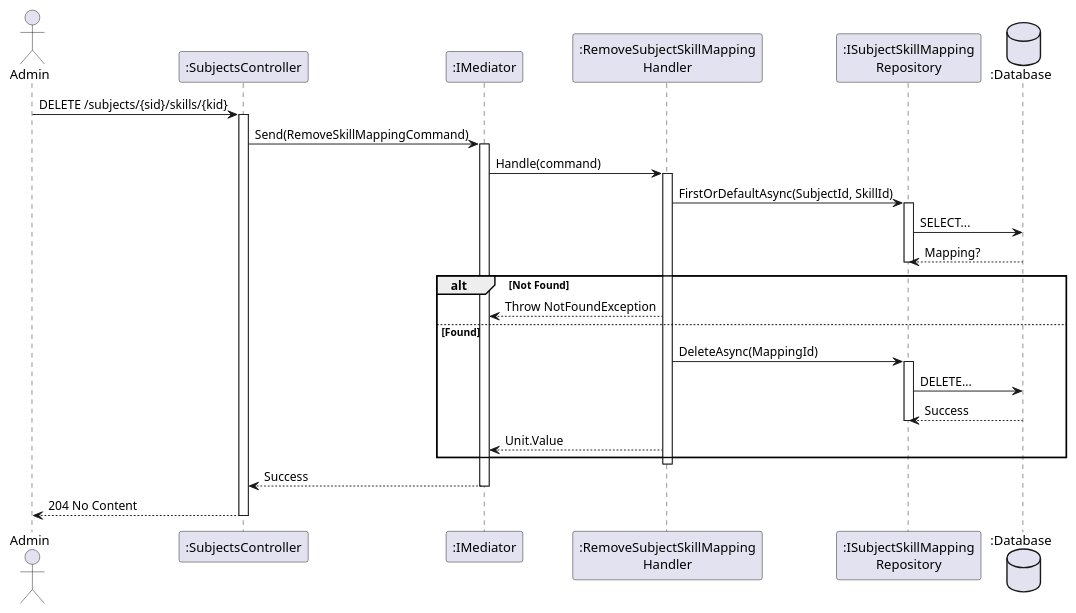
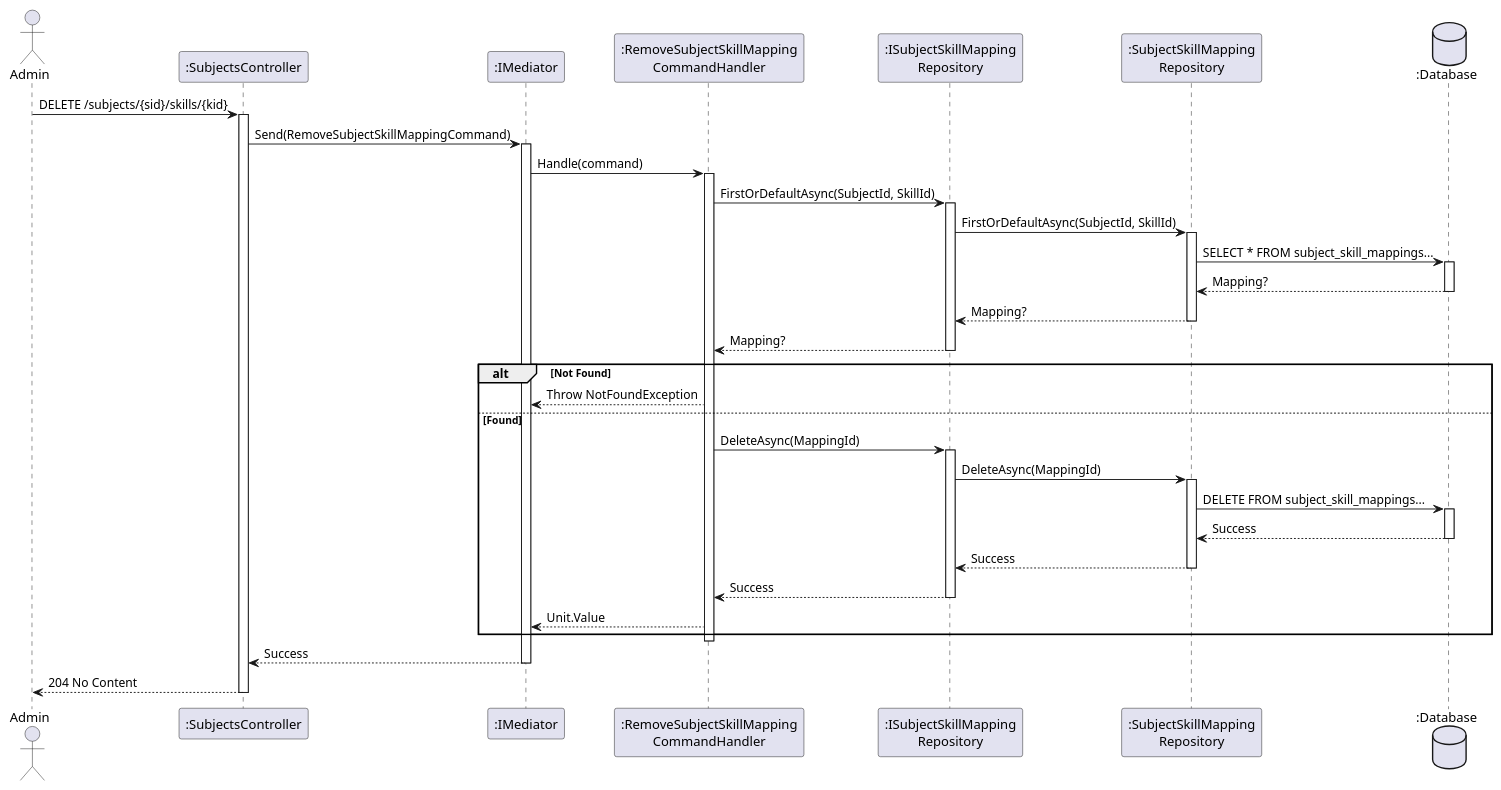
One commit to FA25SE050-RogueLearn/RogueLearn.BMAD.Documentation changed the diagram in docs/srs/diagrams/sequence-diagram/admin-skills/remove-skill-mappings.puml. Above: the diagram before and after it, drawn with PlantUML. The commit also changed 28 other files, not shown here.

Commit message:
feat: add and refix some diagrams to add implementations objects

```diff
--- a/docs/srs/diagrams/sequence-diagram/admin-skills/remove-skill-mappings.puml
+++ b/docs/srs/diagrams/sequence-diagram/admin-skills/remove-skill-mappings.puml
@@ -1,44 +1,59 @@
 @startuml
 actor Admin
 participant ":SubjectsController" as Controller
 participant ":IMediator" as Med
-participant ":RemoveSubjectSkillMapping\nHandler" as Handler
-participant ":ISubjectSkillMapping\nRepository" as MapDB
+participant ":RemoveSubjectSkillMapping\nCommandHandler" as Handler
+participant ":ISubjectSkillMapping\nRepository" as IMapRepo
+participant ":SubjectSkillMapping\nRepository" as MapRepo
 database ":Database" as DB
 
 Admin -> Controller : DELETE /subjects/{sid}/skills/{kid}
 activate Controller
 
-Controller -> Med : Send(RemoveSkillMappingCommand)
+Controller -> Med : Send(RemoveSubjectSkillMappingCommand)
 activate Med
 
 Med -> Handler : Handle(command)
 activate Handler
 
 ' 1. Find Mapping
-Handler -> MapDB : FirstOrDefaultAsync(SubjectId, SkillId)
-activate MapDB
-MapDB -> DB : SELECT...
-DB --> MapDB : Mapping?
-deactivate MapDB
+Handler -> IMapRepo : FirstOrDefaultAsync(SubjectId, SkillId)
+activate IMapRepo
+IMapRepo -> MapRepo : FirstOrDefaultAsync(SubjectId, SkillId)
+activate MapRepo
+MapRepo -> DB : SELECT * FROM subject_skill_mappings...
+activate DB
+DB --> MapRepo : Mapping?
+deactivate DB
+MapRepo --> IMapRepo : Mapping?
+deactivate MapRepo
+IMapRepo --> Handler : Mapping?
+deactivate IMapRepo
 
 alt Not Found
     Handler --> Med : Throw NotFoundException
 else Found
     ' 2. Delete
-    Handler -> MapDB : DeleteAsync(MappingId)
-    activate MapDB
-    MapDB -> DB : DELETE...
-    DB --> MapDB : Success
-    deactivate MapDB
+    Handler -> IMapRepo : DeleteAsync(MappingId)
+    activate IMapRepo
+    IMapRepo -> MapRepo : DeleteAsync(MappingId)
+    activate MapRepo
+    MapRepo -> DB : DELETE FROM subject_skill_mappings...
+    activate DB
+    DB --> MapRepo : Success
+    deactivate DB
+    MapRepo --> IMapRepo : Success
+    deactivate MapRepo
+    IMapRepo --> Handler : Success
+    deactivate IMapRepo
     
     Handler --> Med : Unit.Value
 end
 
 deactivate Handler
 Med --> Controller : Success
 deactivate Med
 
 Controller --> Admin : 204 No Content
 deactivate Controller
 @enduml
```
